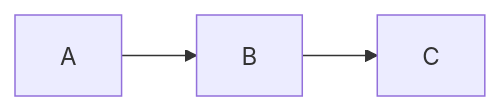
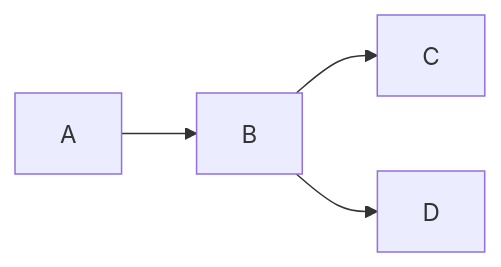
The diagram in docs/source/sphinx_examples/markdown.md (CombatWombatHub/aiml-notes), drawn with Mermaid before and after one commit. The commit also changed 1 other file, not shown here.

Commit message:
test disabling mermaid arrow color override to see if manually specified colors will persist for dimensionality reduction decision tree diagram

````diff
--- a/docs/source/sphinx_examples/markdown.md
+++ b/docs/source/sphinx_examples/markdown.md
@@ -10,5 +10,5 @@
 ```mermaid
 graph LR
     A-->B
-    B-->C
+    B-->C & D
 ```
````
